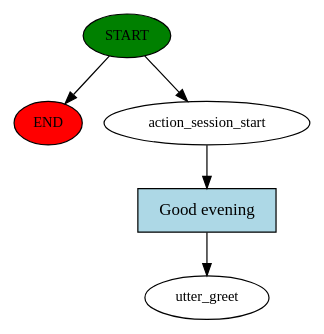
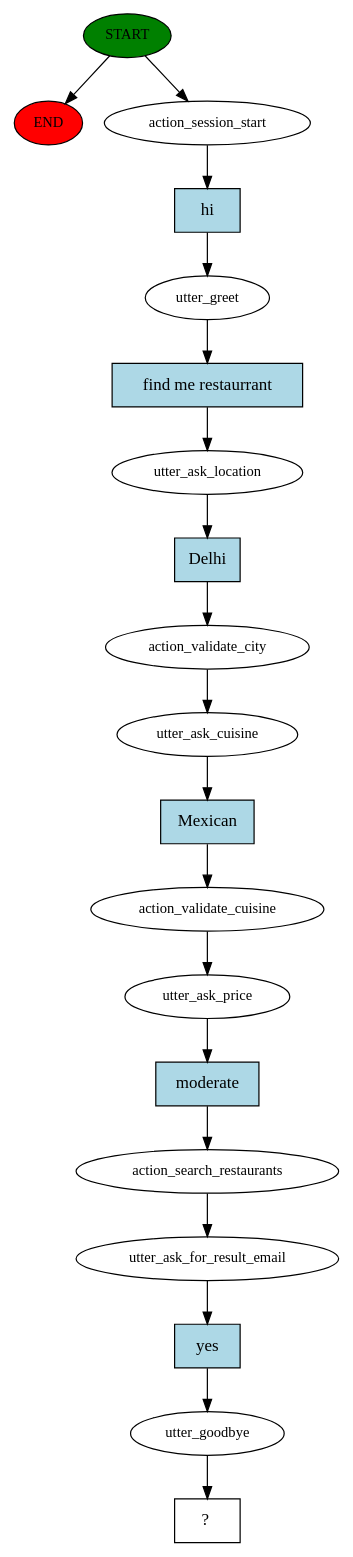
The diagram in story_graph.dot (ashwanikumar04/rasa-chatbot), drawn with Graphviz before and after one commit. The commit also changed 6 other files, not shown here.

```diff
--- a/story_graph.dot
+++ b/story_graph.dot
@@ -1,11 +1,39 @@
 digraph  {
 0 [class="start active", fillcolor=green, fontsize=12, label=START, style=filled];
 "-1" [class=end, fillcolor=red, fontsize=12, label=END, style=filled];
 1 [class=active, fontsize=12, label=action_session_start];
-2 [class="dashed active", fontsize=12, label=utter_greet];
-3 [class="intent active", fillcolor=lightblue, label="Good evening", shape=rect, style=filled];
+2 [class=active, fontsize=12, label=utter_greet];
+3 [class=active, fontsize=12, label=utter_ask_location];
+4 [class=active, fontsize=12, label=action_validate_city];
+5 [class=active, fontsize=12, label=utter_ask_cuisine];
+6 [class=active, fontsize=12, label=action_validate_cuisine];
+7 [class=active, fontsize=12, label=utter_ask_price];
+8 [class=active, fontsize=12, label=action_search_restaurants];
+9 [class=active, fontsize=12, label=utter_ask_for_result_email];
+10 [class=active, fontsize=12, label=utter_goodbye];
+11 [class="intent dashed active", label="  ?  ", shape=rect];
+12 [class="intent active", fillcolor=lightblue, label=hi, shape=rect, style=filled];
+13 [class="intent active", fillcolor=lightblue, label="find me restaurrant", shape=rect, style=filled];
+14 [class="intent active", fillcolor=lightblue, label=Delhi, shape=rect, style=filled];
+15 [class="intent active", fillcolor=lightblue, label=Mexican, shape=rect, style=filled];
+16 [class="intent active", fillcolor=lightblue, label=moderate, shape=rect, style=filled];
+17 [class="intent active", fillcolor=lightblue, label=yes, shape=rect, style=filled];
 0 -> "-1"  [class="", key=NONE, label=""];
 0 -> 1  [class=active, key=NONE, label=""];
-1 -> 3  [class=active, key=0];
-3 -> 2  [class=active, key=0];
+1 -> 12  [class=active, key=0];
+2 -> 13  [class=active, key=0];
+3 -> 14  [class=active, key=0];
+4 -> 5  [class=active, key=NONE, label=""];
+5 -> 15  [class=active, key=0];
+6 -> 7  [class=active, key=NONE, label=""];
+7 -> 16  [class=active, key=0];
+8 -> 9  [class=active, key=NONE, label=""];
+9 -> 17  [class=active, key=0];
+10 -> 11  [class=active, key=NONE, label=""];
+12 -> 2  [class=active, key=0];
+13 -> 3  [class=active, key=0];
+14 -> 4  [class=active, key=0];
+15 -> 6  [class=active, key=0];
+16 -> 8  [class=active, key=0];
+17 -> 10  [class=active, key=0];
 }
```
